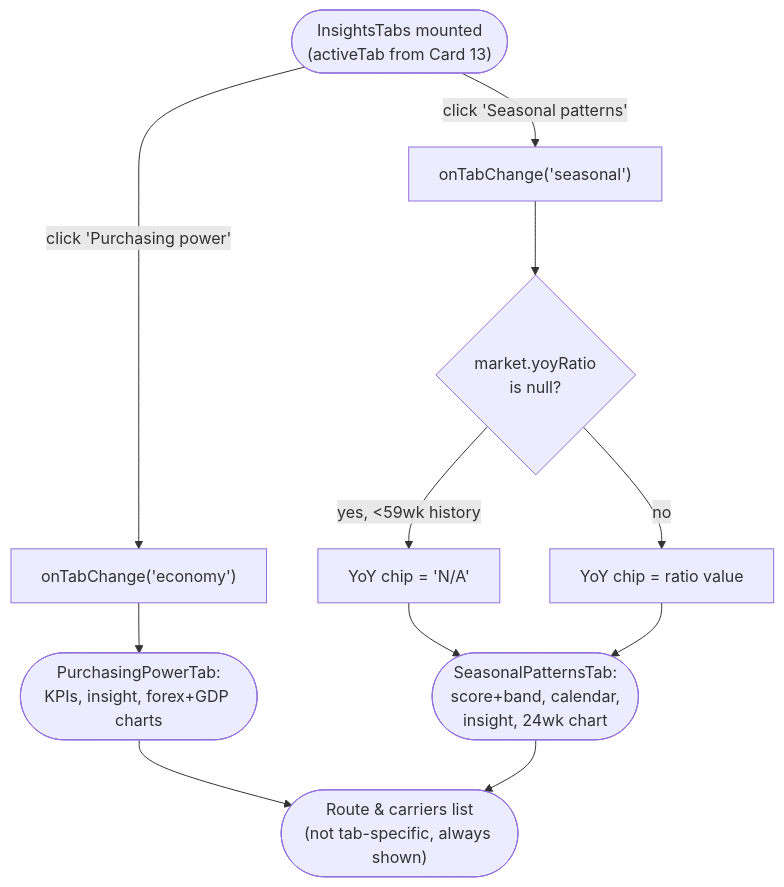
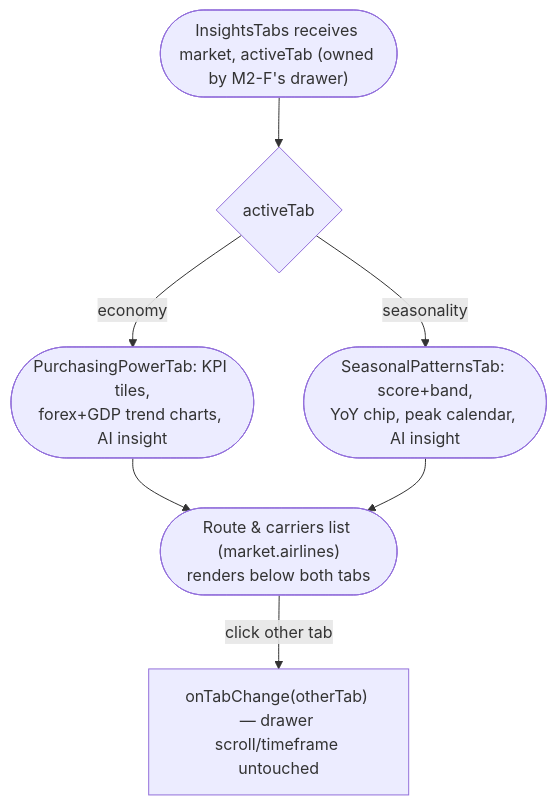
One commit to SherieHub/CeView changed the diagram in docs/superpowers/plans/2026-08-10-ui-ux-overhaul-frontend/diagrams/cards/module-2/market-radar-insights-tabs.mmd. Above: the diagram before and after it, drawn with Mermaid. The commit also changed 21 other files, not shown here.

```diff
--- a/docs/superpowers/plans/2026-08-10-ui-ux-overhaul-frontend/diagrams/cards/module-2/market-radar-insights-tabs.mmd
+++ b/docs/superpowers/plans/2026-08-10-ui-ux-overhaul-frontend/diagrams/cards/module-2/market-radar-insights-tabs.mmd
@@ -1,11 +1,7 @@
 flowchart TD
-  Render(["InsightsTabs mounted\n(activeTab from Card 13)"]) -->|"click 'Purchasing power'"| ShowEcon["onTabChange('economy')"]
-  Render -->|"click 'Seasonal patterns'"| ShowSeason["onTabChange('seasonal')"]
-  ShowEcon --> EconContent(["PurchasingPowerTab:\nKPIs, insight, forex+GDP charts"])
-  ShowSeason --> SeasonBand{"market.yoyRatio\nis null?"}
-  SeasonBand -->|yes, <59wk history| Na["YoY chip = 'N/A'"]
-  SeasonBand -->|no| Ratio["YoY chip = ratio value"]
-  Na --> SeasonContent(["SeasonalPatternsTab:\nscore+band, calendar,\ninsight, 24wk chart"])
-  Ratio --> SeasonContent
-  EconContent --> Shared(["Route & carriers list\n(not tab-specific, always shown)"])
-  SeasonContent --> Shared
+  Mount(["InsightsTabs receives market, activeTab (owned by M2-F's drawer)"]) --> Tab{"activeTab"}
+  Tab -->|economy| Purchasing(["PurchasingPowerTab: KPI tiles,\nforex+GDP trend charts, AI insight"])
+  Tab -->|seasonality| Seasonal(["SeasonalPatternsTab: score+band,\nYoY chip, peak calendar, AI insight"])
+  Purchasing --> Airlines(["Route & carriers list (market.airlines)\nrenders below both tabs"])
+  Seasonal --> Airlines
+  Airlines -->|click other tab| Switch["onTabChange(otherTab) — drawer scroll/timeframe untouched"]
```
